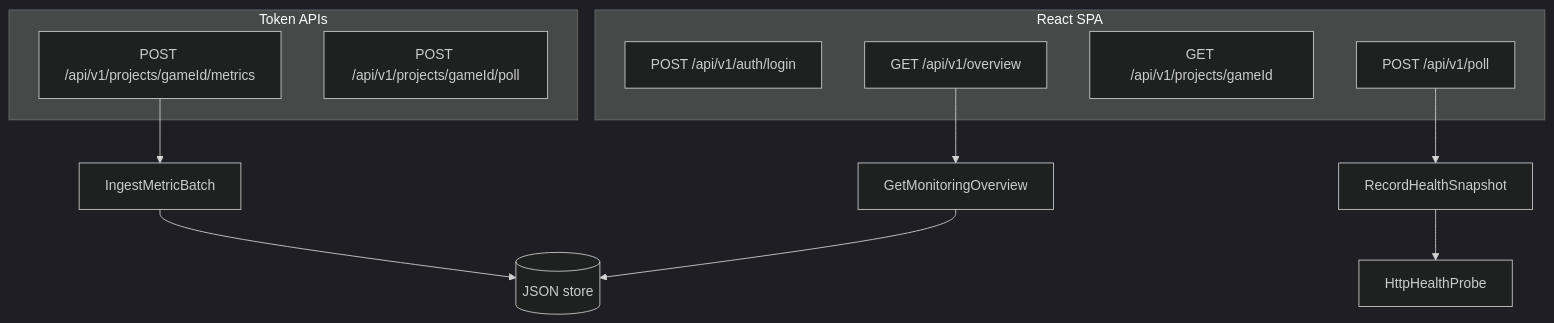
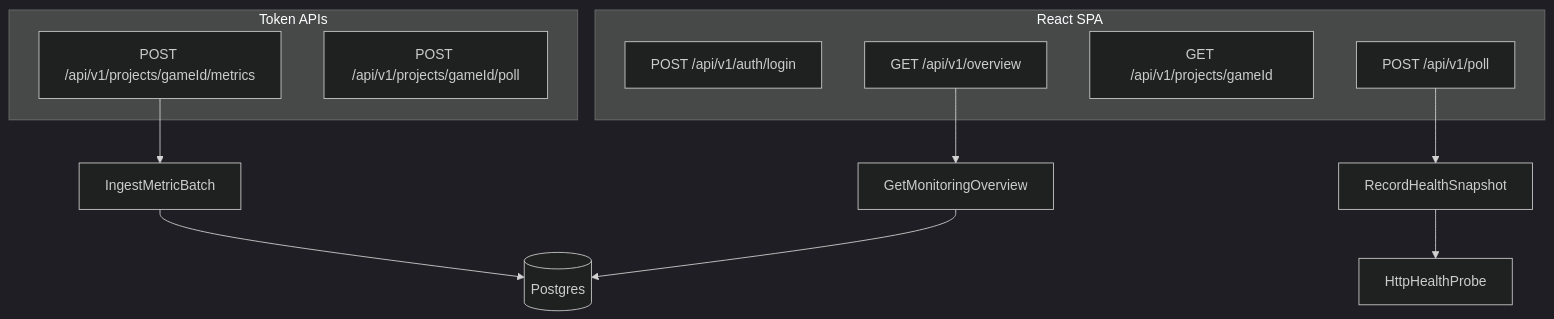
One commit to AndrijaExe/ProjectMonitoring changed the diagram in ARCHITECTURE.md. Above: the diagram before and after it, drawn with Mermaid (dark theme). The commit also changed other lines of this file and 16 other files, not shown here.

````diff
--- a/ARCHITECTURE.md
+++ b/ARCHITECTURE.md
@@ -30,19 +30,19 @@
 ```mermaid
 flowchart TB
   subgraph spa [React SPA]
     Login["POST /api/v1/auth/login"]
     Board["GET /api/v1/overview"]
     Detail["GET /api/v1/projects/gameId"]
     Poll["POST /api/v1/poll"]
   end
   subgraph api [Token APIs]
     I["POST /api/v1/projects/gameId/metrics"]
     O["POST /api/v1/projects/gameId/poll"]
   end
   Board --> Overview[GetMonitoringOverview]
   I --> Ingest[IngestMetricBatch]
   Poll --> Snapshot[RecordHealthSnapshot]
   Snapshot --> Probe[HttpHealthProbe]
-  Overview --> Store[(JSON store)]
+  Overview --> Store[(Postgres)]
   Ingest --> Store
 ```
````
